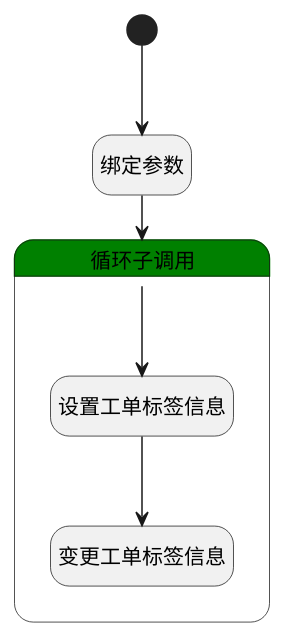
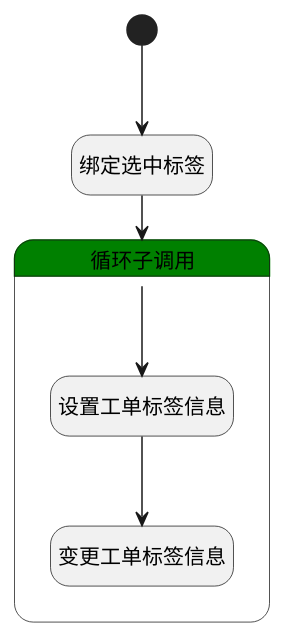
One commit to iBizLab/plm changed the diagram in doc/docsify/module/ProdMgmt/ticket/logic/choose_tag.md. Above: the diagram before and after it, drawn with PlantUML. The commit also changed other lines of this file and 1778 other files, not shown here.

````diff
--- a/doc/docsify/module/ProdMgmt/ticket/logic/choose_tag.md
+++ b/doc/docsify/module/ProdMgmt/ticket/logic/choose_tag.md
@@ -7,26 +7,26 @@
 ```plantuml
 @startuml
 hide empty description
 <style>
 root {
   HyperlinkColor #42b983
 }
 </style>
 
 hide empty description
 state "开始" as Begin <<start>> [[$./choose_tag#begin {"开始"}]]
-state "绑定参数" as BINDPARAM1  [[$./choose_tag#bindparam1 {"绑定参数"}]]
+state "绑定选中标签" as BINDPARAM1  [[$./choose_tag#bindparam1 {"绑定选中标签"}]]
 state "循环子调用" as LOOPSUBCALL1  [[$./choose_tag#loopsubcall1 {"循环子调用"}]] #green {
 state "设置工单标签信息" as PREPAREPARAM2  [[$./choose_tag#prepareparam2 {"设置工单标签信息"}]]
 state "变更工单标签信息" as DEACTION1  [[$./choose_tag#deaction1 {"变更工单标签信息"}]]
 }
 
 
 Begin --> BINDPARAM1
 BINDPARAM1 --> LOOPSUBCALL1
 LOOPSUBCALL1 --> PREPAREPARAM2
 PREPAREPARAM2 --> DEACTION1
 
 
 @enduml
 ```
````
